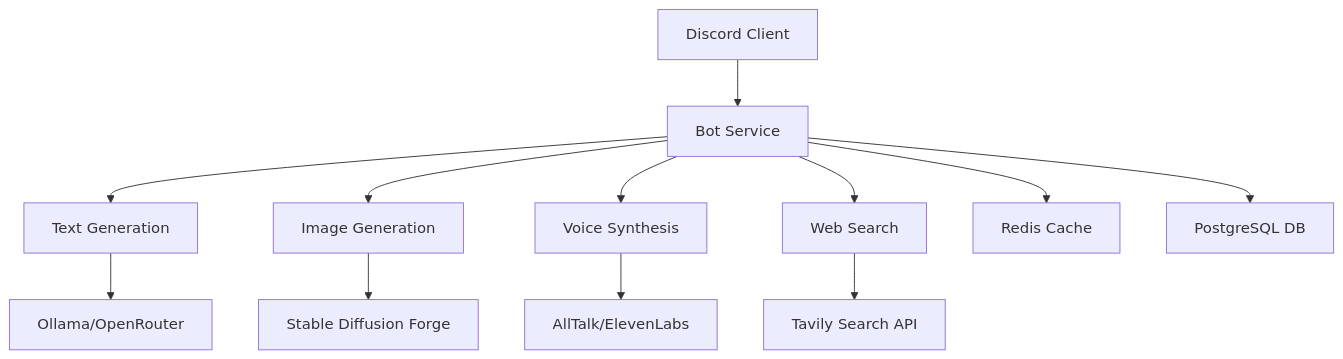
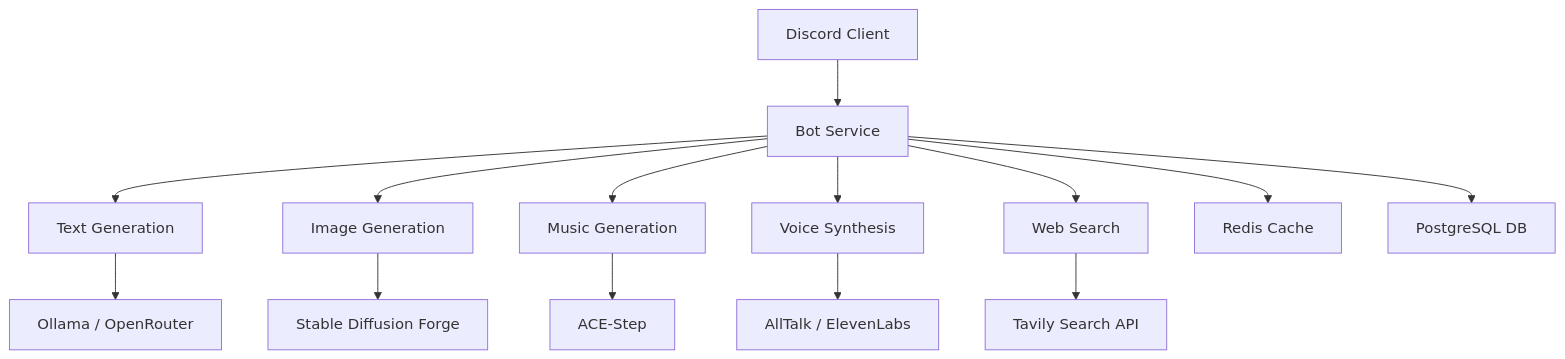
One commit to BenevolenceMessiah/multimodal-discord-bot changed the first of 2 diagrams in README.md. Above: the diagram before and after it, drawn with Mermaid. The commit also changed other lines of this file and 19 other files, not shown here.

First line of the commit message:
feat: /music command & ACE-Step integration

````diff
--- a/README.md
+++ b/README.md
@@ -311,14 +556,16 @@
 ```mermaid
 graph TD
     A[Discord Client] --> B[Bot Service]
     B --> C[Text Generation]
     B --> D[Image Generation]
+    B --> M[Music Generation]
     B --> E[Voice Synthesis]
     B --> F[Web Search]
-    C --> G[Ollama/OpenRouter]
+    C --> G[Ollama / OpenRouter]
     D --> H[Stable Diffusion Forge]
-    E --> I[AllTalk/ElevenLabs]
+    M --> N[ACE-Step]
+    E --> I[AllTalk / ElevenLabs]
     F --> J[Tavily Search API]
     B --> K[Redis Cache]
     B --> L[PostgreSQL DB]
-```  
+```
````
